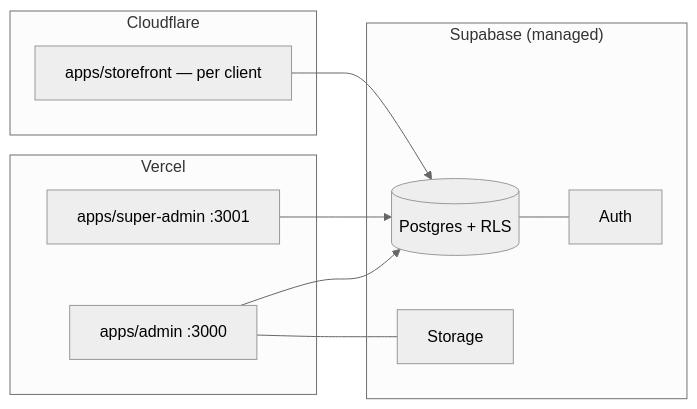
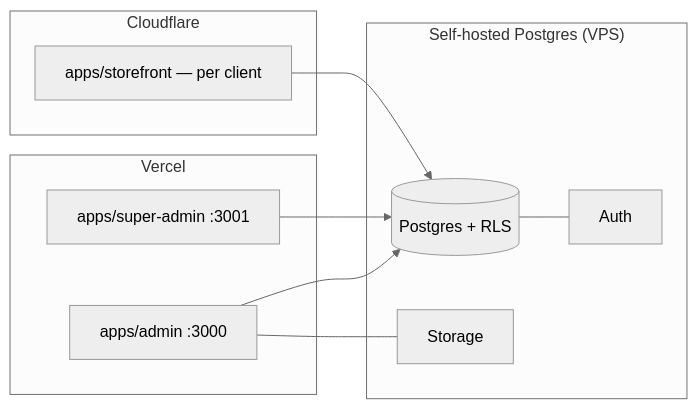
The eighth of 11 diagrams in specs/docs/UML.md (ongkipro/tokophi), drawn with Mermaid (neutral theme) before and after one commit. The commit also changed other lines of this file and 17 other files, not shown here.

First line of the commit message:
docs: prod backend = self-hosted Postgres + PostgREST on VPS (not Supabase)

````diff
--- a/specs/docs/UML.md
+++ b/specs/docs/UML.md
@@ -354,20 +354,20 @@
 ```mermaid
 graph LR
   subgraph Vercel
     A[apps/admin :3000]
     S[apps/super-admin :3001]
   end
   subgraph Cloudflare
     F[apps/storefront — per client]
   end
-  subgraph "Supabase (managed)"
+  subgraph "Self-hosted Postgres (VPS)"
     DB[(Postgres + RLS)]
     AU[Auth]
     ST[Storage]
   end
   A --> DB
   S --> DB
   F --> DB
   DB --- AU
   A --- ST
 ```
````
